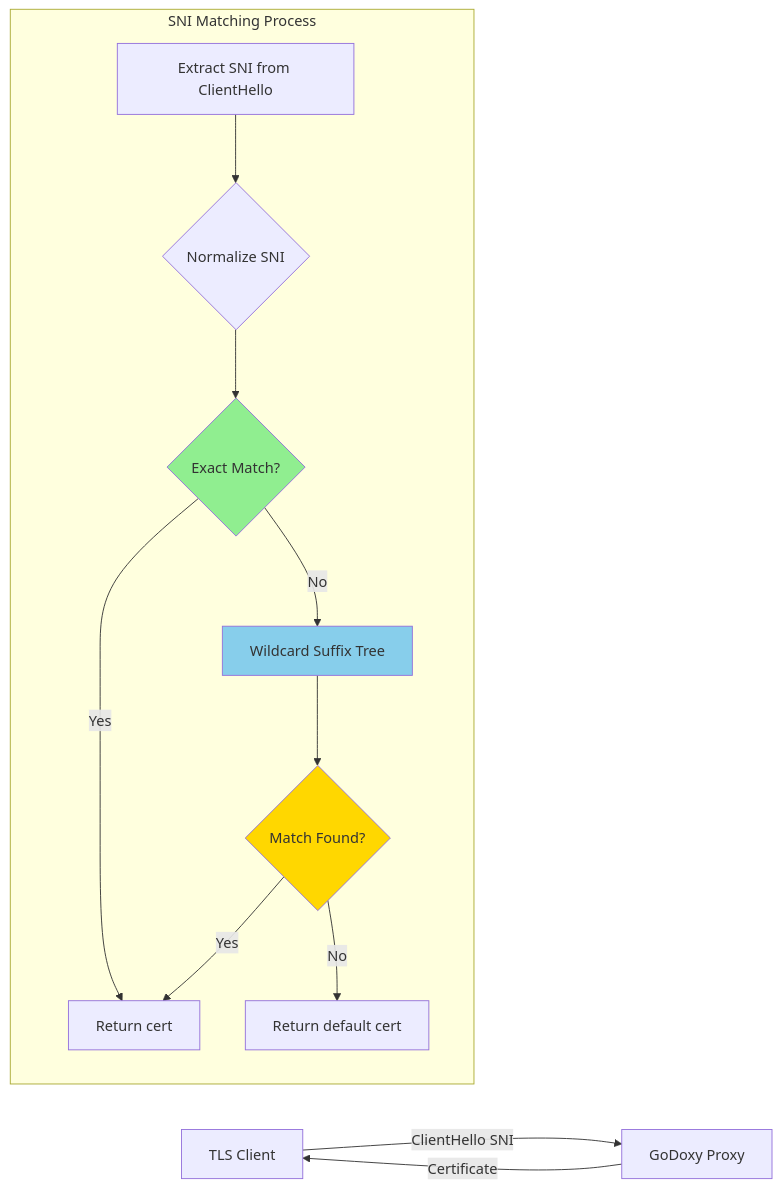
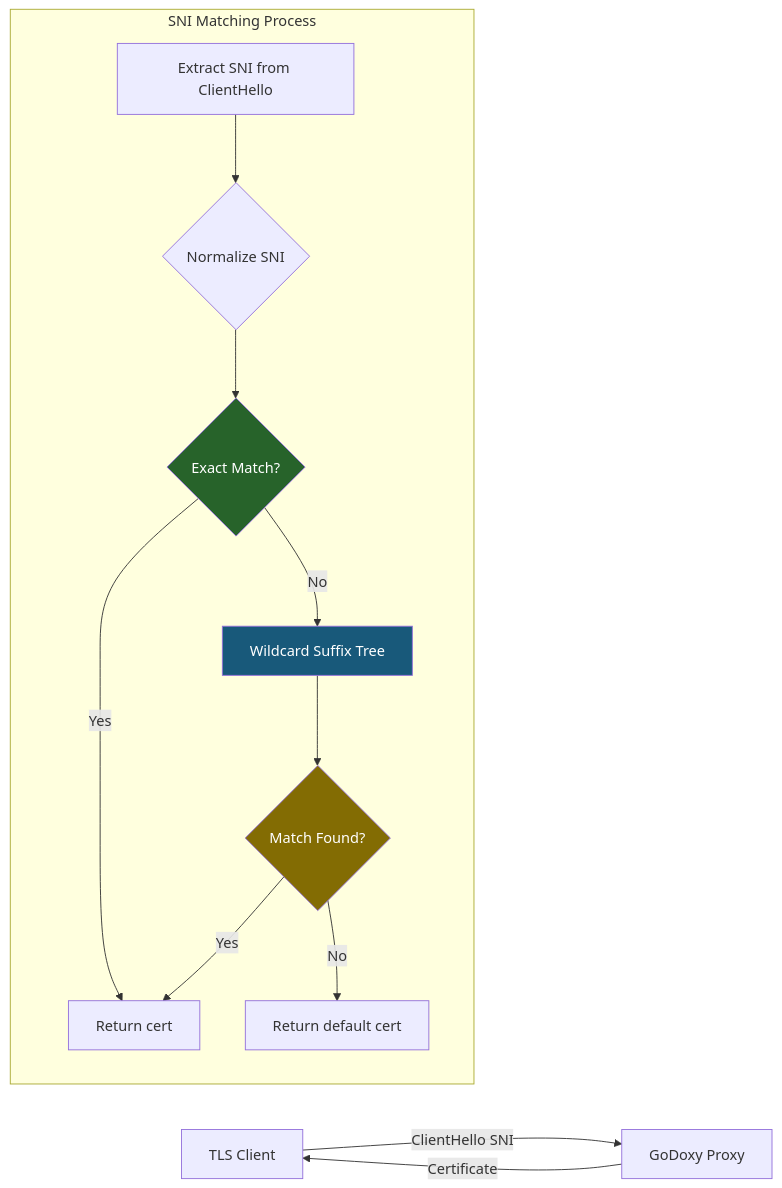
Before and after one commit to yusing/godoxy: the second of 7 diagrams in internal/autocert/README.md, drawn with Mermaid. The commit also changed other lines of this file and 2 other files, not shown here.

Commit message:
feat(docs): add health check and monitor packages README; mermaid styling fix

````diff
--- a/internal/autocert/README.md
+++ b/internal/autocert/README.md
@@ -84,20 +84,20 @@
 ```mermaid
 flowchart LR
     Client["TLS Client"] -->|ClientHello SNI| Proxy["GoDoxy Proxy"]
     Proxy -->|Certificate| Client
 
     subgraph "SNI Matching Process"
         direction TB
         A[Extract SNI from ClientHello] --> B{Normalize SNI}
         B --> C{Exact Match?}
         C -->|Yes| D[Return cert]
         C -->|No| E[Wildcard Suffix Tree]
         E --> F{Match Found?}
         F -->|Yes| D
         F -->|No| G[Return default cert]
     end
 
-    style C fill:#90EE90
-    style E fill:#87CEEB
-    style F fill:#FFD700
+    style C fill:#27632A,color:#fff
+    style E fill:#18597A,color:#fff
+    style F fill:#836C03,color:#fff
 ```
````
